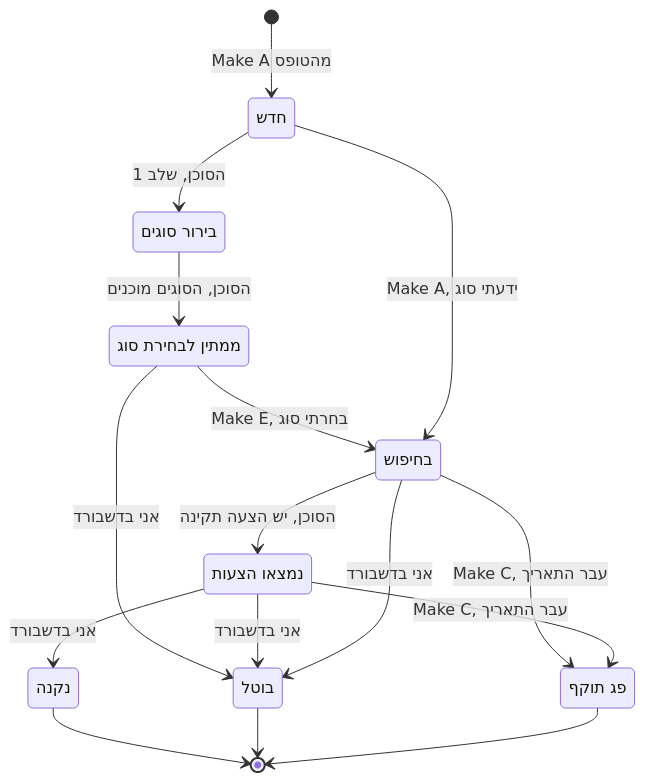
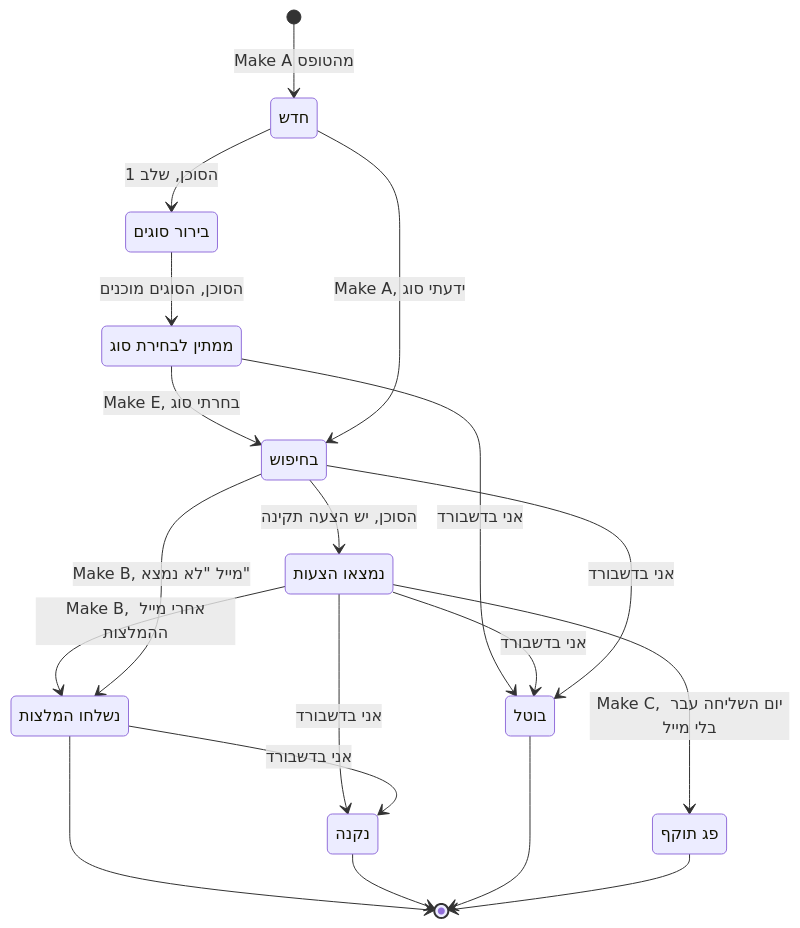
The fifth of 6 diagrams in shopping-agent/Architecture.md (ronazeevi/SearchJobs), drawn with Mermaid before and after one commit. The commit also changed other lines of this file and 3 other files, not shown here.

````diff
--- a/shopping-agent/Architecture.md
+++ b/shopping-agent/Architecture.md
@@ -255,26 +254,30 @@
 ```mermaid
 stateDiagram-v2
     state "חדש" as NEW
     state "בירור סוגים" as TYPES
     state "ממתין לבחירת סוג" as WAIT
     state "בחיפוש" as SEARCH
     state "נמצאו הצעות" as FOUND
     state "נקנה" as BOUGHT
     state "בוטל" as CANCELED
     state "פג תוקף" as EXPIRED
+    state "נשלחו המלצות" as SENT
     [*] --> NEW: Make A מהטופס
     NEW --> TYPES: הסוכן, שלב 1
     TYPES --> WAIT: הסוכן, הסוגים מוכנים
     WAIT --> SEARCH: Make E, בחרתי סוג
     WAIT --> CANCELED: אני בדשבורד
     NEW --> SEARCH: Make A, ידעתי סוג
     SEARCH --> FOUND: הסוכן, יש הצעה תקינה
     FOUND --> BOUGHT: אני בדשבורד
     FOUND --> CANCELED: אני בדשבורד
     SEARCH --> CANCELED: אני בדשבורד
-    SEARCH --> EXPIRED: Make C, עבר התאריך
-    FOUND --> EXPIRED: Make C, עבר התאריך
+    FOUND --> SENT: Make B, אחרי מייל ההמלצות
+    SEARCH --> SENT: Make B, מייל "לא נמצא"
+    FOUND --> EXPIRED: Make C, יום השליחה עבר בלי מייל
+    SENT --> BOUGHT: אני בדשבורד
+    SENT --> [*]
     BOUGHT --> [*]
     CANCELED --> [*]
     EXPIRED --> [*]
 ```
````
